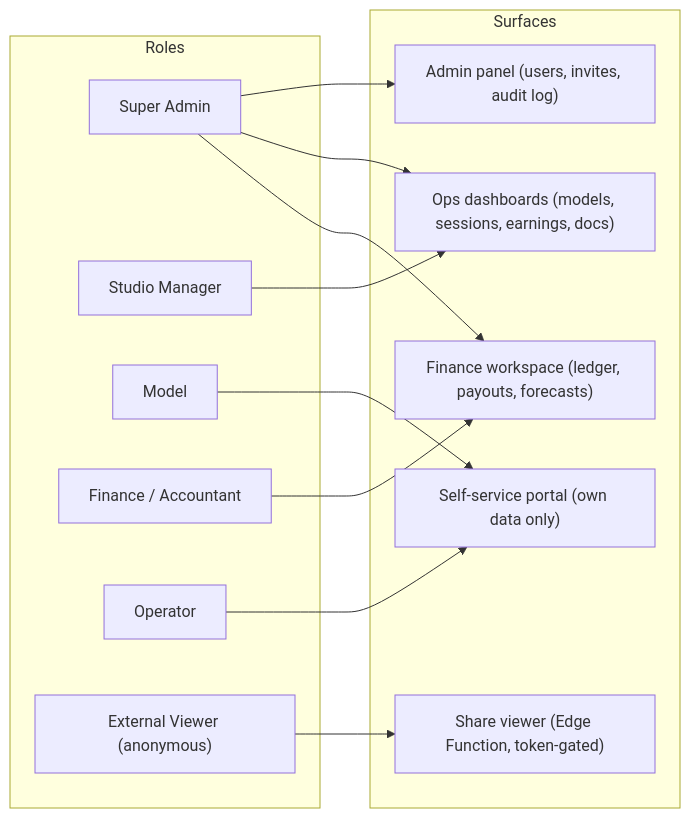
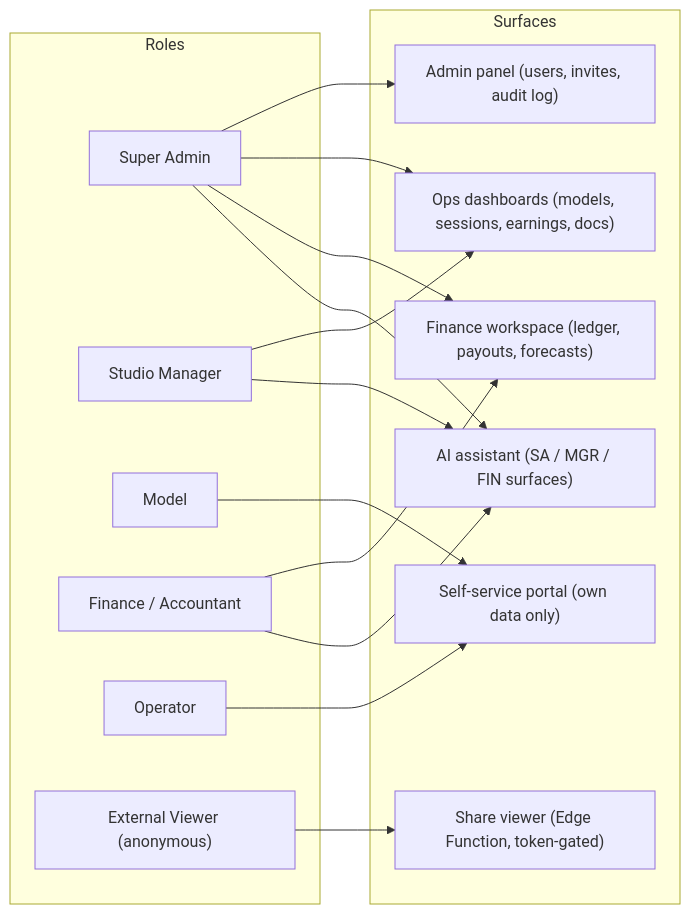
The diagram in docs/03-roles-rbac.md (fnamlah/freedom-studio), drawn with Mermaid before and after one commit. The commit also changed other lines of this file and 11 other files, not shown here.

````diff
--- a/docs/03-roles-rbac.md
+++ b/docs/03-roles-rbac.md
@@ -103,28 +109,32 @@
 ```mermaid
 flowchart LR
     subgraph Roles
         SA["Super Admin"]
         MGR["Studio Manager"]
         MOD["Model"]
         FIN["Finance / Accountant"]
         OP["Operator"]
         EXT["External Viewer (anonymous)"]
     end
 
     subgraph Surfaces
         ADMIN["Admin panel (users, invites, audit log)"]
         OPS["Ops dashboards (models, sessions, earnings, docs)"]
         PORTAL["Self-service portal (own data only)"]
         FINWS["Finance workspace (ledger, payouts, forecasts)"]
+        AICHAT["AI assistant (SA / MGR / FIN surfaces)"]
         SHARE["Share viewer (Edge Function, token-gated)"]
     end
 
     SA --> ADMIN
     SA --> OPS
     SA --> FINWS
+    SA --> AICHAT
     MGR --> OPS
+    MGR --> AICHAT
     MOD --> PORTAL
     OP --> PORTAL
     FIN --> FINWS
+    FIN --> AICHAT
     EXT --> SHARE
 ```
````
